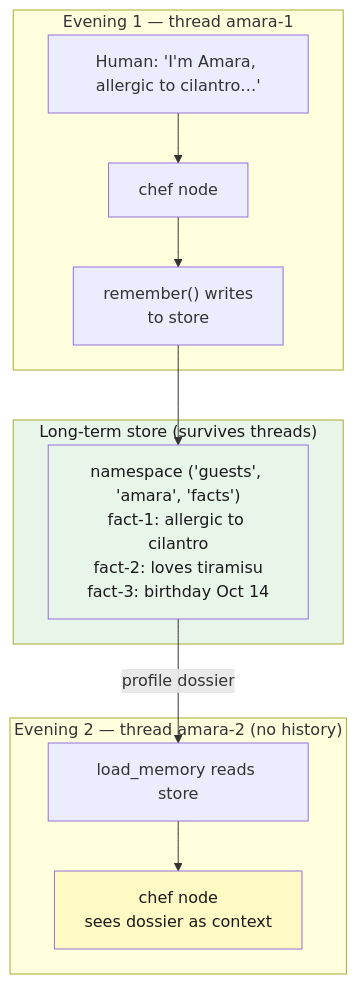
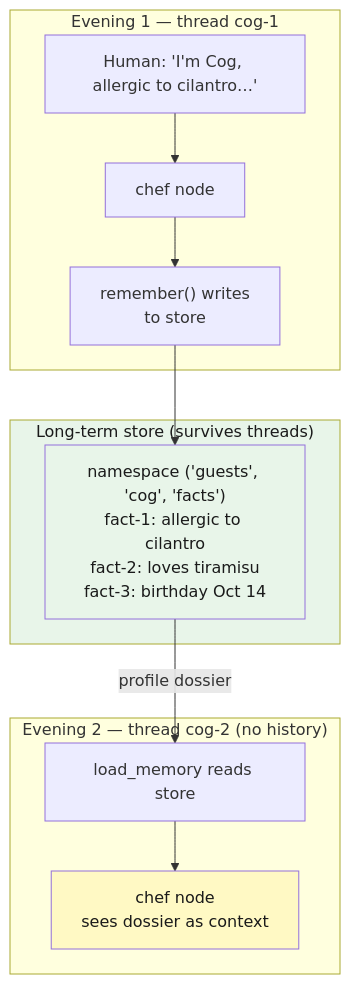
Before and after one commit to CogKnowEdge-Solutions/Orchestration: the second of 3 diagrams in Langchain-Labs/Lab11(Advanced)/lab-long-term-memory.md, drawn with Mermaid. The commit also changed other lines of this file and 1 other file, not shown here.

Commit message:
Lab 11: standardize character names — Amara→Cog, Bob→Node (from CogKnowEdge)

````diff
--- a/Langchain-Labs/Lab11(Advanced)/lab-long-term-memory.md
+++ b/Langchain-Labs/Lab11(Advanced)/lab-long-term-memory.md
@@ -166,20 +166,20 @@
 ```mermaid
 graph TD
-    subgraph Thread1["Evening 1 — thread amara-1"]
-        A1["Human: 'I'm Amara, allergic to cilantro…'"]
+    subgraph Thread1["Evening 1 — thread cog-1"]
+        A1["Human: 'I'm Cog, allergic to cilantro…'"]
         C1["chef node"]
         W1["remember() writes<br/>to store"]
     end
     subgraph Store["Long-term store (survives threads)"]
-        NS["namespace ('guests', 'amara', 'facts')<br/>fact-1: allergic to cilantro<br/>fact-2: loves tiramisu<br/>fact-3: birthday Oct 14"]
+        NS["namespace ('guests', 'cog', 'facts')<br/>fact-1: allergic to cilantro<br/>fact-2: loves tiramisu<br/>fact-3: birthday Oct 14"]
     end
-    subgraph Thread2["Evening 2 — thread amara-2 (no history)"]
+    subgraph Thread2["Evening 2 — thread cog-2 (no history)"]
         L2["load_memory reads store"]
         C2["chef node<br/>sees dossier as context"]
     end
     A1 --> C1 --> W1 --> NS
     NS -->|"profile dossier"| L2 --> C2
     style Store fill:#e8f5e9,color:#1a1a1a
     style NS fill:#e8f5e9,color:#1a1a1a
     style C2 fill:#fff9c4,color:#1a1a1a
 ```
````
